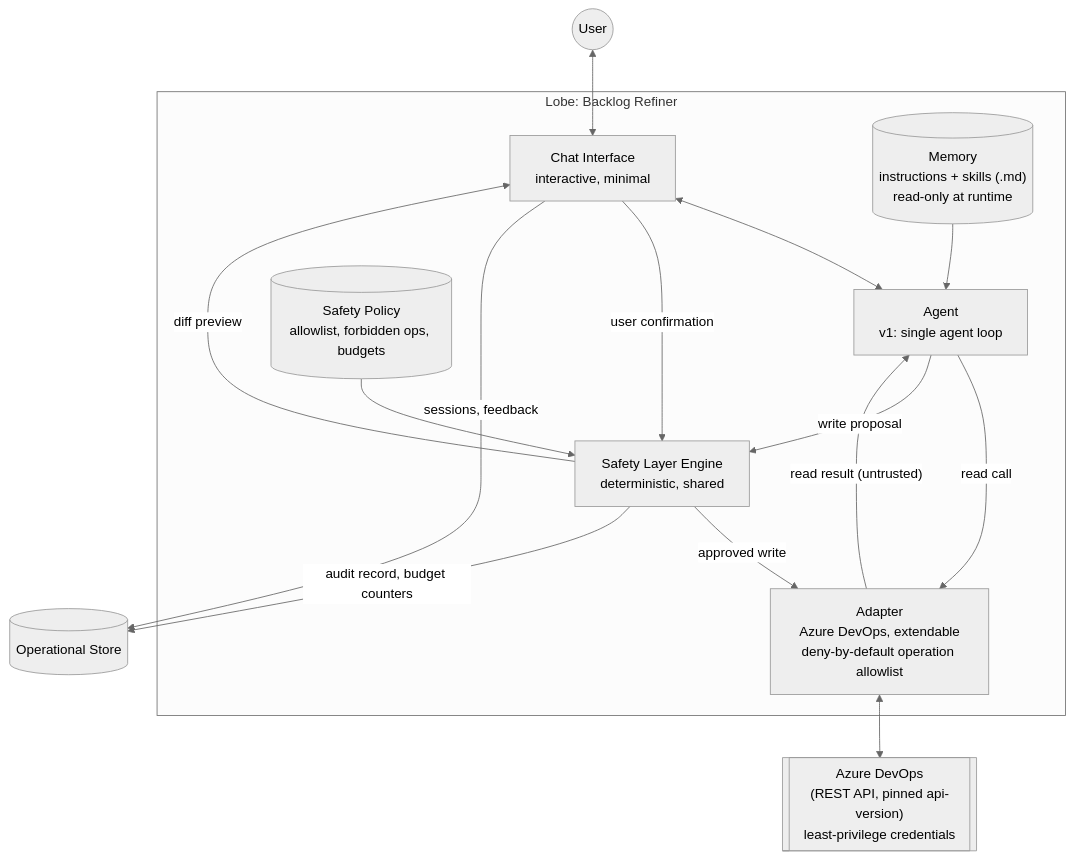
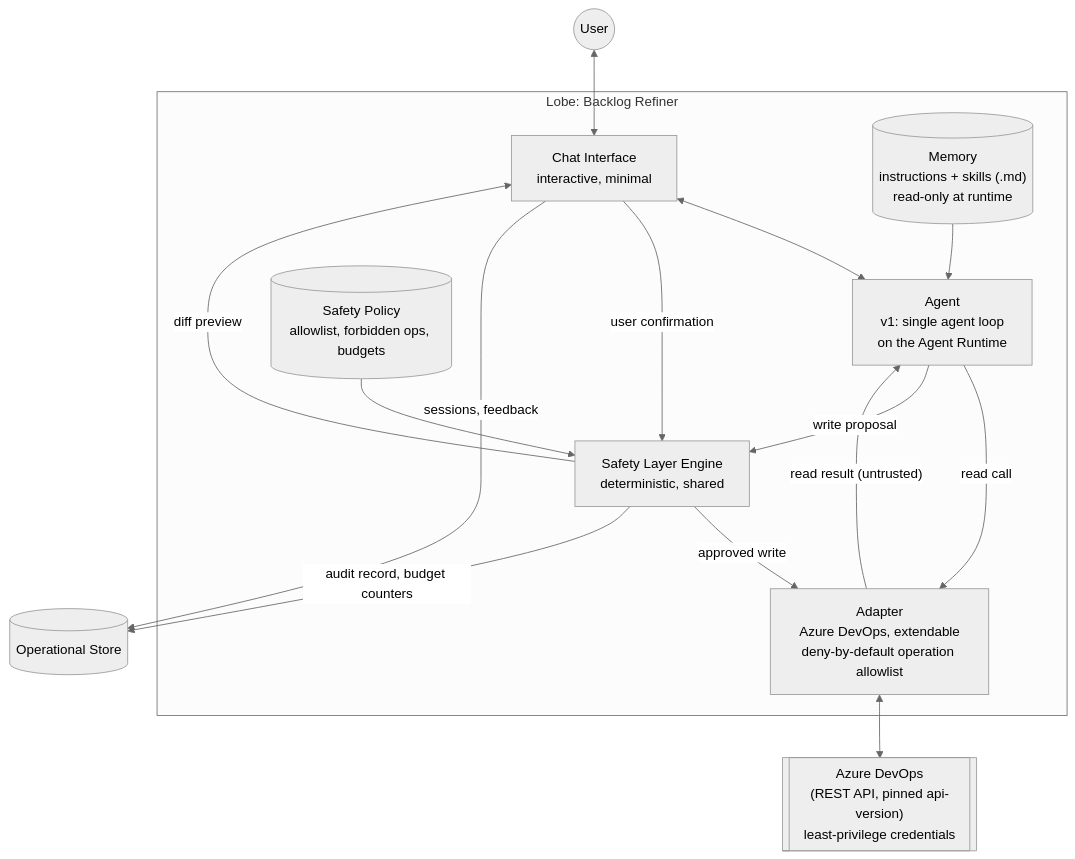
The second of 2 diagrams in ARCHITECTURE.md (emiralpayar/pan-galactic-habit), drawn with Mermaid (neutral theme) before and after one commit. The commit also changed other lines of this file and 10 other files, not shown here.

First line of the commit message:
docs: address safety and architecture review of adr 0004 and 0005

````diff
--- a/ARCHITECTURE.md
+++ b/ARCHITECTURE.md
@@ -113,32 +113,32 @@
 ```mermaid
 flowchart TD
     USER(("User"))
 
     subgraph LB["Lobe: Backlog Refiner"]
         CHAT["Chat Interface<br/>interactive, minimal"]
-        AG["Agent<br/>v1: single agent loop"]
+        AG["Agent<br/>v1: single agent loop<br/>on the Agent Runtime"]
         MEM[("Memory<br/>instructions + skills (.md)<br/>read-only at runtime")]
         POL[("Safety Policy<br/>allowlist, forbidden ops, budgets")]
         SL["Safety Layer Engine<br/>deterministic, shared"]
         AD["Adapter<br/>Azure DevOps, extendable<br/>deny-by-default operation allowlist"]
 
         CHAT <--> AG
         MEM --> AG
         POL --> SL
         AG -- "read call" --> AD
         AD -- "read result (untrusted)" --> AG
         AG -- "write proposal" --> SL
         SL -- "diff preview" --> CHAT
         CHAT -- "user confirmation" --> SL
         SL -- "approved write" --> AD
     end
 
     USER <--> CHAT
 
     ADO[["Azure DevOps<br/>(REST API, pinned api-version)<br/>least-privilege credentials"]]
     AD <--> ADO
 
     OPS[("Operational Store")]
     SL -- "audit record, budget counters" --> OPS
     CHAT -- "sessions, feedback" --> OPS
 ```
````
